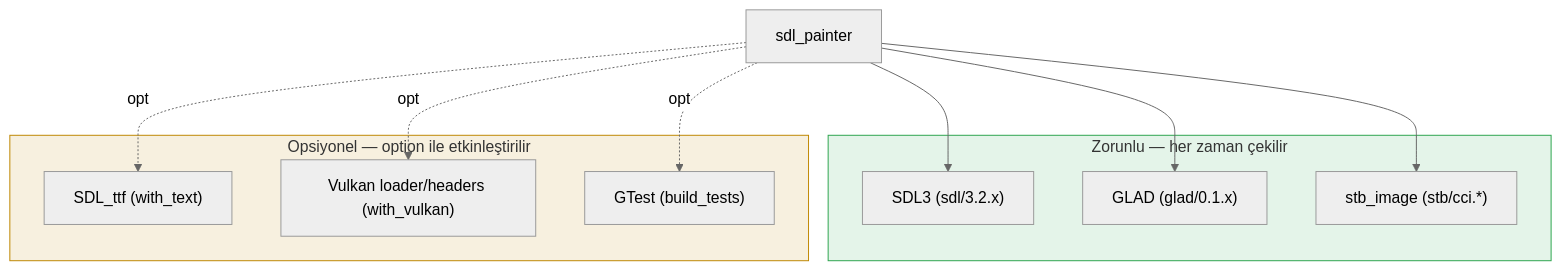
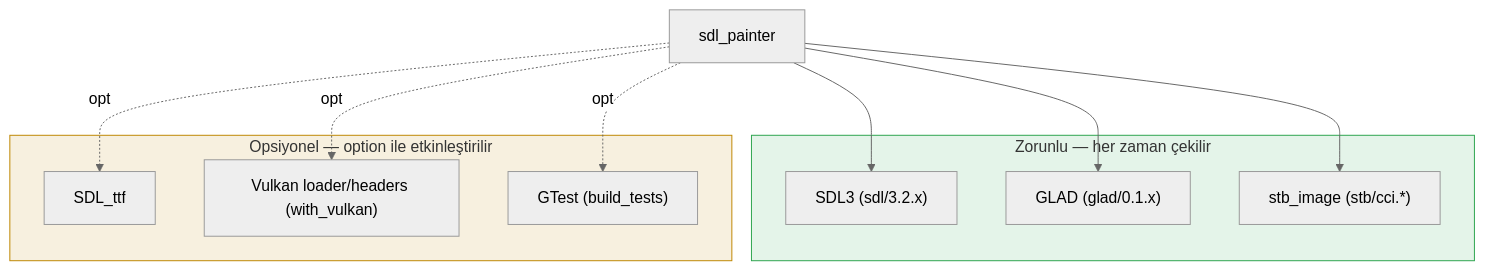
The fourth of 4 diagrams in doc/mimari-genel-bakis.md (yazilimperver/sdl-painter), drawn with Mermaid (neutral theme) before and after one commit. The commit also changed 31 other files, not shown here.

````diff
--- a/doc/mimari-genel-bakis.md
+++ b/doc/mimari-genel-bakis.md
@@ -239,26 +239,26 @@
 ```mermaid
 graph TB
     Painter["sdl_painter"]
 
     subgraph zorunlu["Zorunlu — her zaman çekilir"]
         SDL3["SDL3 (sdl/3.2.x)"]
         GLAD["GLAD (glad/0.1.x)"]
         STB["stb_image (stb/cci.*)"]
     end
 
     subgraph ops["Opsiyonel — option ile etkinleştirilir"]
-        TTF["SDL_ttf (with_text)"]
+        TTF["SDL_ttf"]
         VK["Vulkan loader/headers (with_vulkan)"]
         GTEST["GTest (build_tests)"]
     end
 
     Painter --> SDL3
     Painter --> GLAD
     Painter --> STB
     Painter -.opt.-> TTF
     Painter -.opt.-> VK
     Painter -.opt.-> GTEST
 
     style zorunlu fill:#2da44e20,stroke:#2da44e
     style ops fill:#bf870020,stroke:#bf8700
 ```
````
